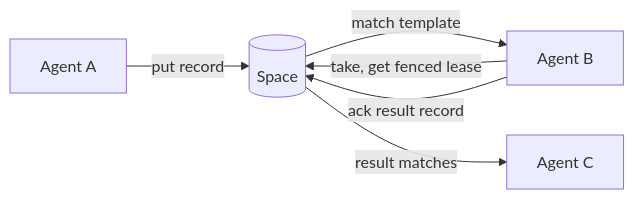
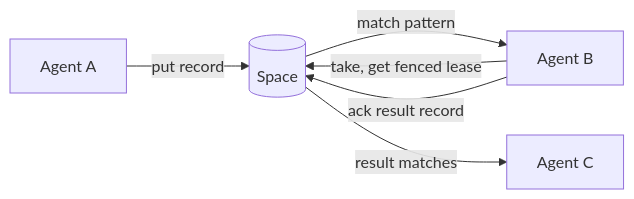
The diagram in CLAUDE.md (wistrand/radia), drawn with Mermaid before and after one commit. The commit also changed other lines of this file and 82 other files, not shown here.

````diff
--- a/CLAUDE.md
+++ b/CLAUDE.md
@@ -27,8 +27,8 @@
 ```mermaid
 flowchart LR
     A[Agent A] -->|put record| S[(Space)]
-    S -->|match template| B[Agent B]
+    S -->|match pattern| B[Agent B]
     B -->|take, get fenced lease| S
     B -->|ack result record| S
     S -->|result matches| C[Agent C]
 ```
````
